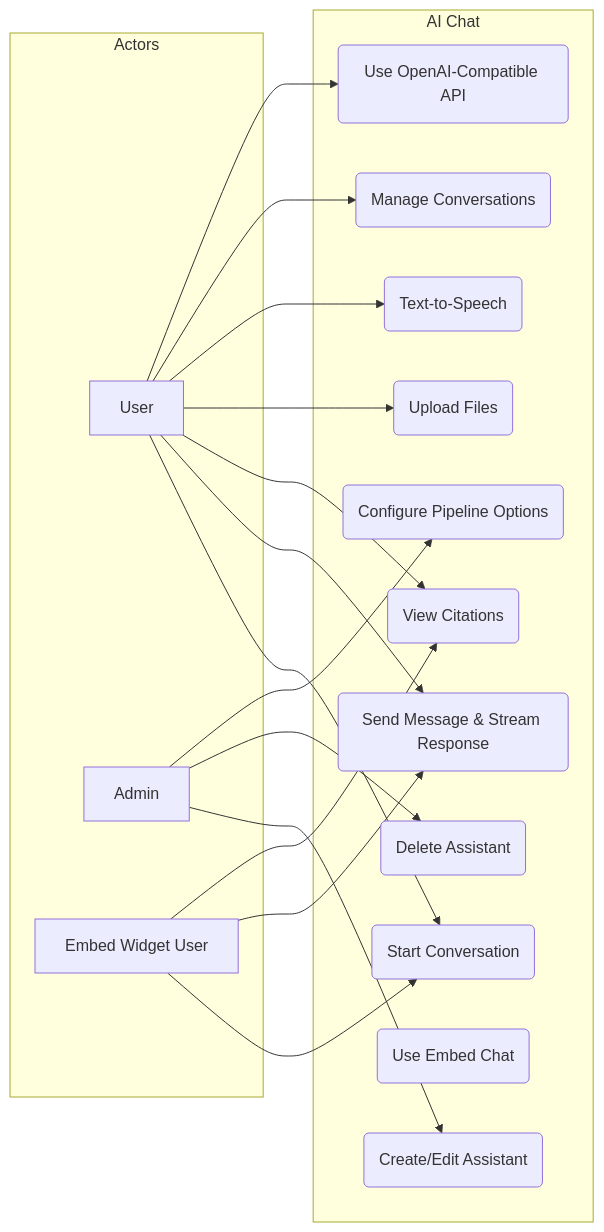
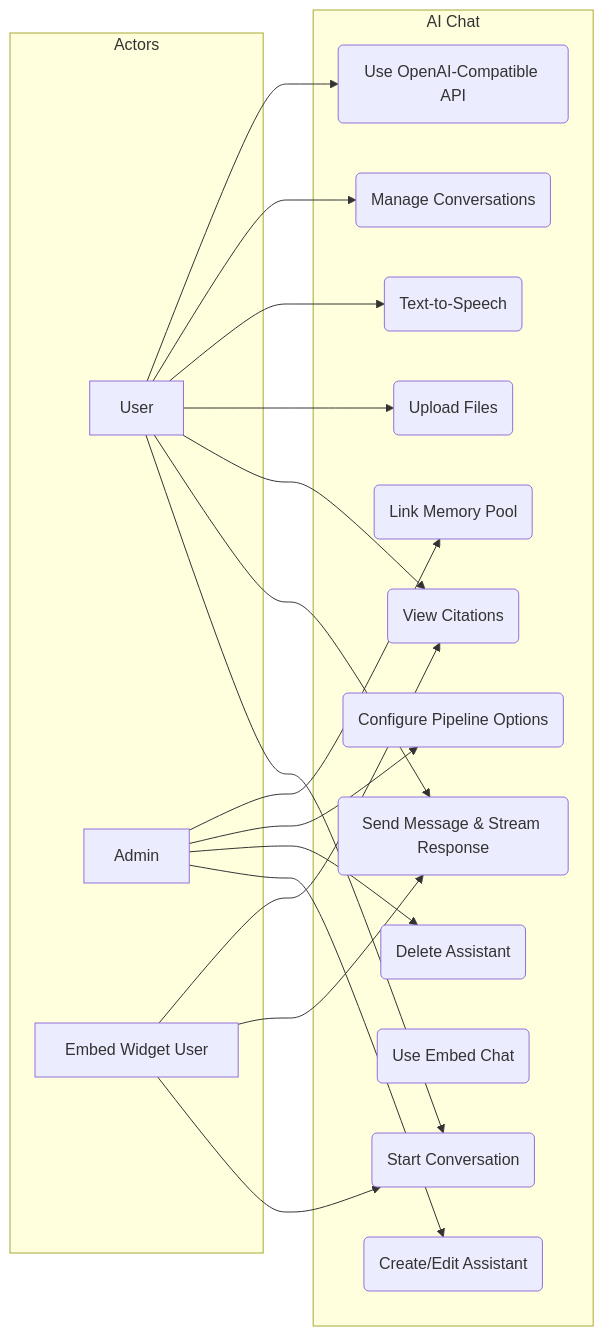
One commit to b-knowledge-solution/b-knowledge changed the first of 2 diagrams in docs/srs/ai-features/fr-ai-chat.md. Above: the diagram before and after it, drawn with Mermaid. The commit also changed other lines of this file and 17 other files, not shown here.

````diff
--- a/docs/srs/ai-features/fr-ai-chat.md
+++ b/docs/srs/ai-features/fr-ai-chat.md
@@ -9,34 +11,36 @@
 ```mermaid
 graph LR
     subgraph Actors
         U[User]
         A[Admin]
         E[Embed Widget User]
     end
     subgraph "AI Chat"
         UC1(Create/Edit Assistant)
         UC2(Delete Assistant)
         UC3(Start Conversation)
         UC4(Send Message & Stream Response)
         UC5(View Citations)
         UC6(Upload Files)
         UC7(Text-to-Speech)
         UC8(Manage Conversations)
         UC9(Use OpenAI-Compatible API)
         UC10(Use Embed Chat)
         UC11(Configure Pipeline Options)
+        UC12(Link Memory Pool)
     end
     U --> UC3
     U --> UC4
     U --> UC5
     U --> UC6
     U --> UC7
     U --> UC8
     A --> UC1
     A --> UC2
     A --> UC11
+    A --> UC12
     E --> UC3
     E --> UC4
     E --> UC5
     U --> UC9
 ```
````
